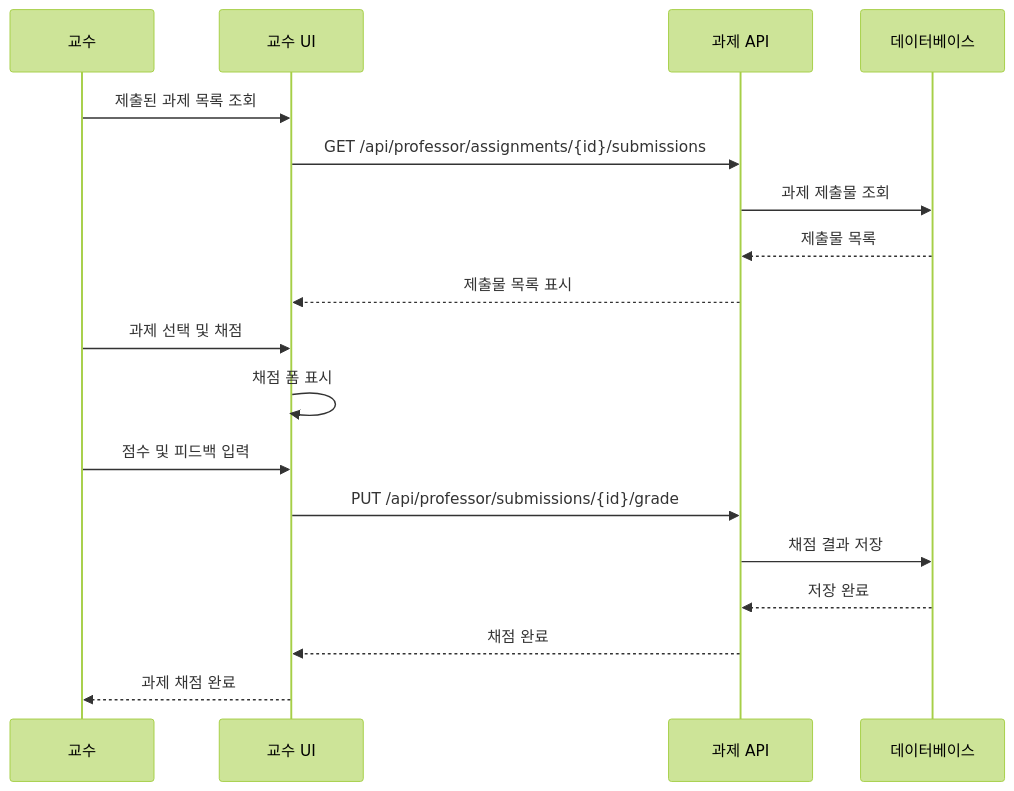
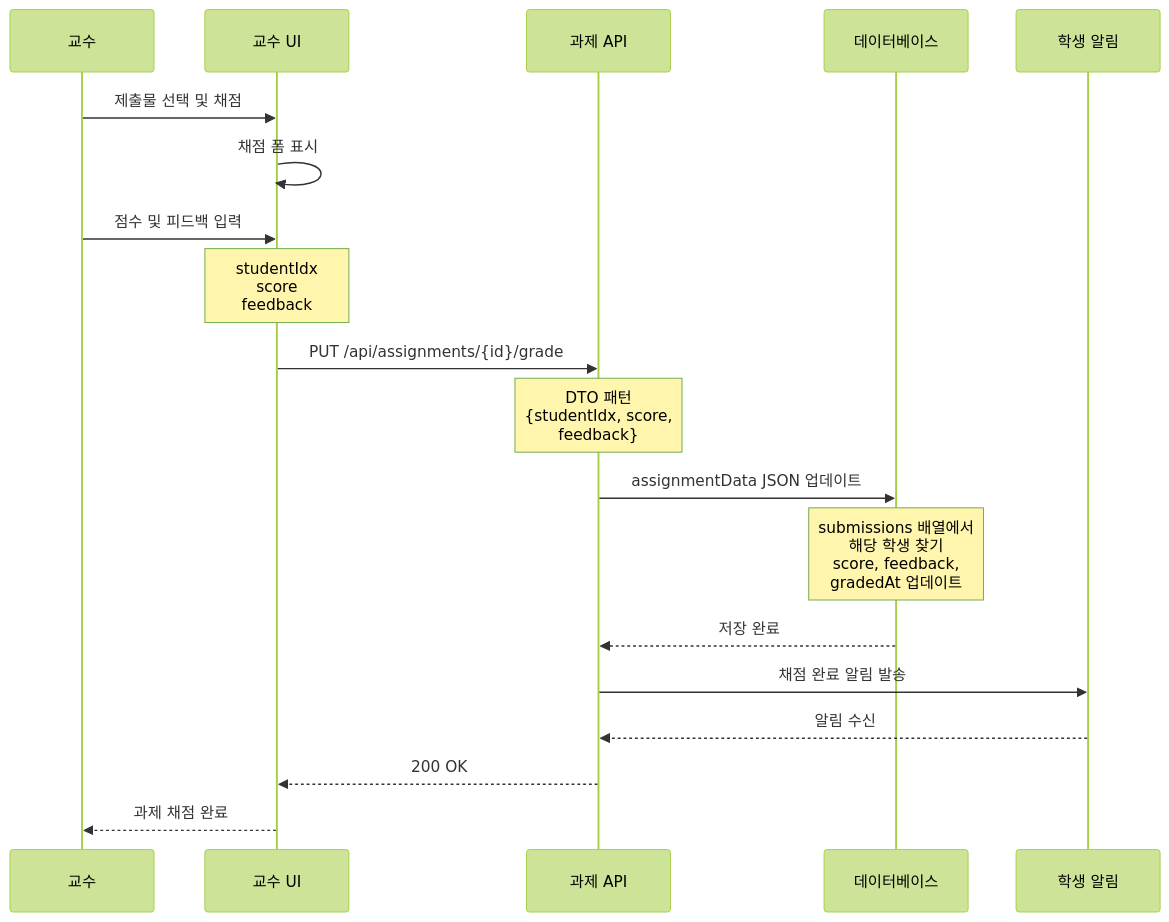
Diagram 14 of 17 in backend/BlueCrab/docs/강의관련기능/05-교수플로우.md (hooting76/blue-crab-lms), drawn with Mermaid (forest theme) before and after one commit. The commit also changed other lines of this file and 9 other files, not shown here.

````diff
--- a/backend/BlueCrab/docs/강의관련기능/05-교수플로우.md
+++ b/backend/BlueCrab/docs/강의관련기능/05-교수플로우.md
@@ -325,24 +402,27 @@
 ```mermaid
 sequenceDiagram
     participant Professor as 교수
     participant UI as 교수 UI
     participant API as 과제 API
     participant DB as 데이터베이스
+    participant Student as 학생 알림
 
-    Professor->>UI: 제출된 과제 목록 조회
-    UI->>API: GET /api/professor/assignments/{id}/submissions
-    API->>DB: 과제 제출물 조회
-    DB-->>API: 제출물 목록
-    API-->>UI: 제출물 목록 표시
-
-    Professor->>UI: 과제 선택 및 채점
+    Professor->>UI: 제출물 선택 및 채점
     UI->>UI: 채점 폼 표시
 
     Professor->>UI: 점수 및 피드백 입력
-    UI->>API: PUT /api/professor/submissions/{id}/grade
-    API->>DB: 채점 결과 저장
+    Note over UI: studentIdx<br/>score<br/>feedback
+
+    UI->>API: PUT /api/assignments/{id}/grade
+    Note over API: DTO 패턴<br/>{studentIdx, score,<br/>feedback}
+
+    API->>DB: assignmentData JSON 업데이트
+    Note over DB: submissions 배열에서<br/>해당 학생 찾기<br/>score, feedback,<br/>gradedAt 업데이트
+
     DB-->>API: 저장 완료
+    API->>Student: 채점 완료 알림 발송
+    Student-->>API: 알림 수신
 
-    API-->>UI: 채점 완료
+    API-->>UI: 200 OK
     UI-->>Professor: 과제 채점 완료
 ```
````
